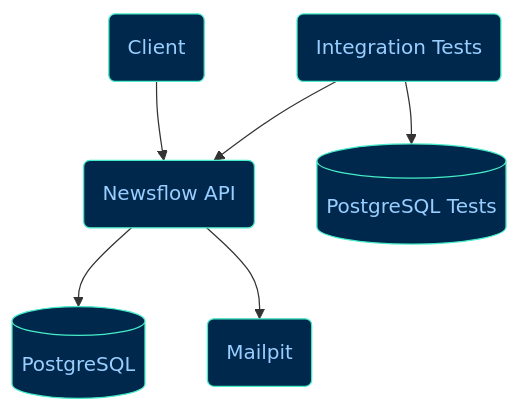
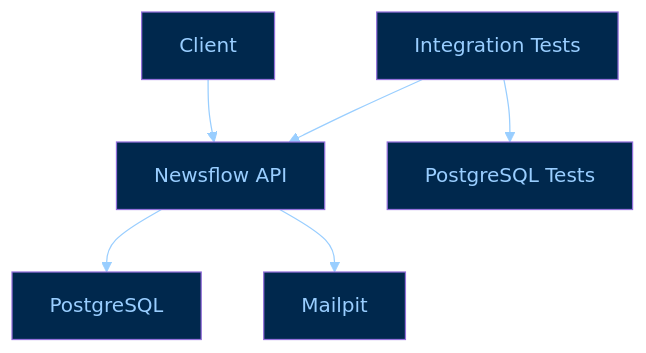
One commit to leonardooliveira00/newsflow-api changed the diagram in README.md. Above: the diagram before and after it, drawn with Mermaid.

Commit message:
fix: corrected infrastructure diagrams connections.

````diff
--- a/README.md
+++ b/README.md
@@ -36,27 +36,24 @@
 ```mermaid
 flowchart TB
     Reader["Client"] --> API["Newsflow API"]
-    API --> DB["PostgreSQL"] & Mail["Mailpit"]
-    Tests["Integration Tests"] --> DBTests["PostgreSQL Tests"] & API
 
-    Reader@{ shape: rounded}
-    API@{ shape: rounded}
-    DB@{ shape: db}
-    Mail@{ shape: rounded}
-    Tests@{ shape: rounded}
-    DBTests@{ shape: db}
-     Reader:::Aqua
-     API:::Aqua
-     DB:::Aqua
-     Mail:::Aqua
-     Tests:::Aqua
-     DBTests:::Aqua
-    classDef Aqua stroke-width:1px, stroke-dasharray:none, stroke:#46EDC8, fill:#DEFFF8, color:#378E7A
+    API --> DB["PostgreSQL"]
+    API --> Mail["Mailpit"]
+
+    Tests["Integration Tests"] --> DBTests["PostgreSQL Tests"]
+    Tests --> API
+
     style Reader fill:#00284d,color:#99ceff
     style API fill:#00284d,color:#99ceff
     style DB fill:#00284d,color:#99ceff
     style Mail fill:#00284d,color:#99ceff
     style Tests fill:#00284d,color:#99ceff
     style DBTests fill:#00284d,color:#99ceff
 
+    linkStyle 0 stroke:#99ceff
+    linkStyle 1 stroke:#99ceff
+    linkStyle 2 stroke:#99ceff
+    linkStyle 3 stroke:#99ceff
+    linkStyle 4 stroke:#99ceff
+
 ```
````
